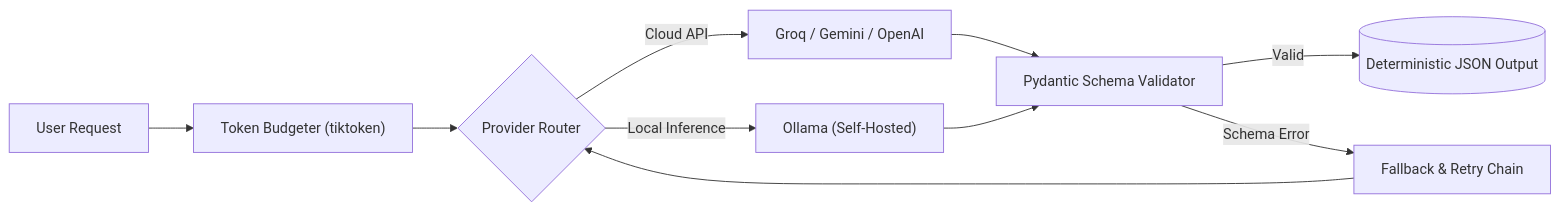
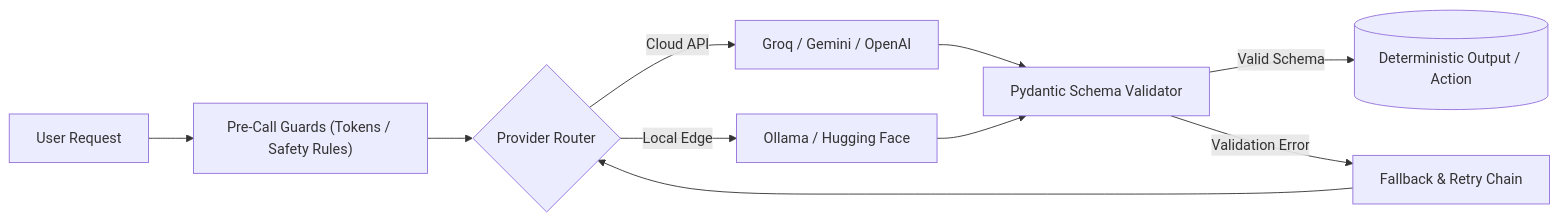
The diagram in README.md (lowkey999-netizen/genai-course-work), drawn with Mermaid before and after one commit. The commit also changed other lines of this file and 3 other files, not shown here.

First line of the commit message:
docs: restructure documentation into modular multi-tier architecture

````diff
--- a/README.md
+++ b/README.md
@@ -16,12 +18,12 @@
 ```mermaid
 flowchart LR
-    A["User Request"] --> B["Token Budgeter (tiktoken)"]
+    A["User Request"] --> B["Pre-Call Guards (Tokens / Safety Rules)"]
     B --> C{"Provider Router"}
     C -->|"Cloud API"| D["Groq / Gemini / OpenAI"]
-    C -->|"Local Inference"| E["Ollama (Self-Hosted)"]
+    C -->|"Local Edge"| E["Ollama / Hugging Face"]
     D --> F["Pydantic Schema Validator"]
     E --> F
-    F -->|"Valid"| G[("Deterministic JSON Output")]
-    F -->|"Schema Error"| H["Fallback & Retry Chain"]
+    F -->|"Valid Schema"| G[("Deterministic Output / Action")]
+    F -->|"Validation Error"| H["Fallback & Retry Chain"]
     H --> C
 ```
````
